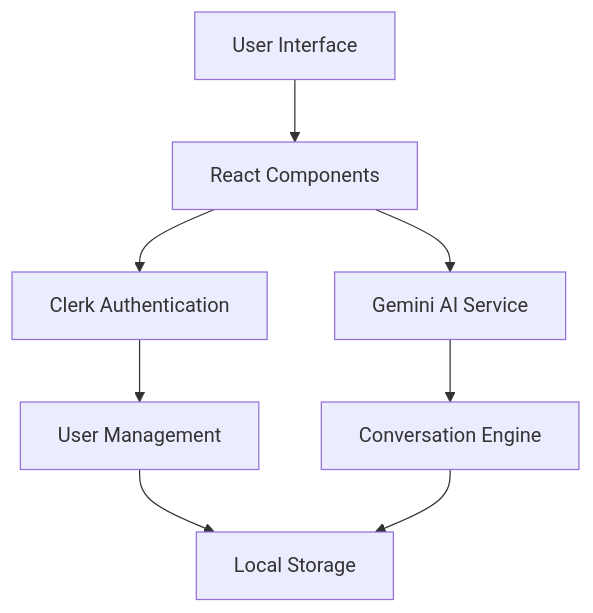
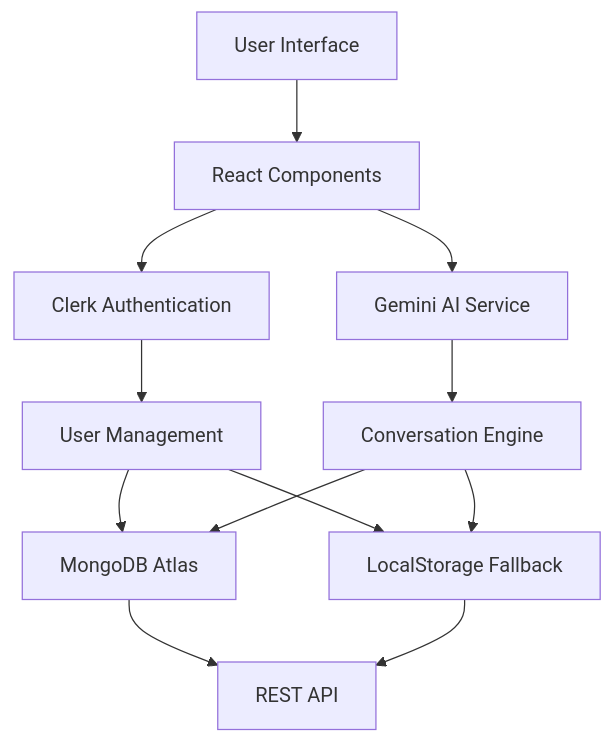
Before and after one commit to T2-Astra/Chatbot-Open-Source-: the diagram in README.md, drawn with Mermaid. The commit also changed other lines of this file and 15 other files, not shown here.

Commit message:
Add MongoDB integration with REST API, Docker support, and comprehensive documentation

````diff
--- a/README.md
+++ b/README.md
@@ -104,10 +131,14 @@
 ```mermaid
 graph TB
     A[User Interface] --> B[React Components]
     B --> C[Clerk Authentication]
     B --> D[Gemini AI Service]
     C --> E[User Management]
     D --> F[Conversation Engine]
-    E --> G[Local Storage]
+    E --> G[MongoDB Atlas]
     F --> G
+    E --> H[LocalStorage Fallback]
+    F --> H
+    G --> I[REST API]
+    H --> I
 ```
````
